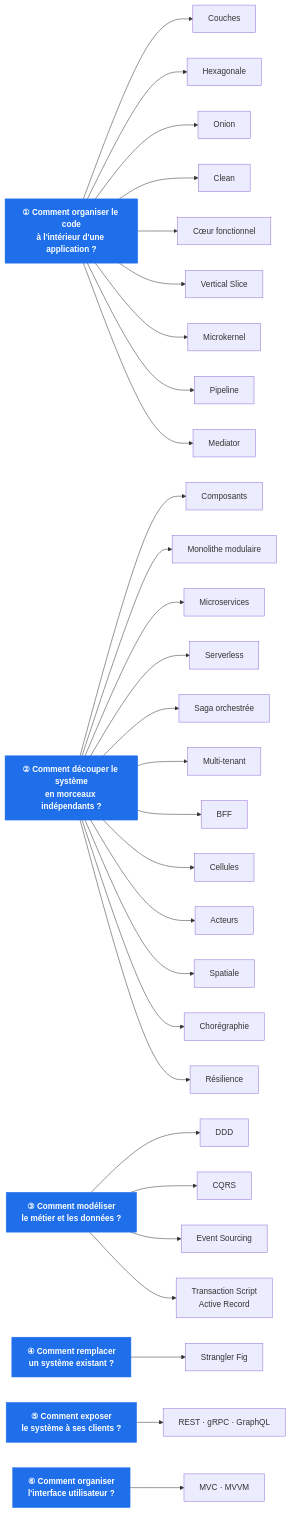
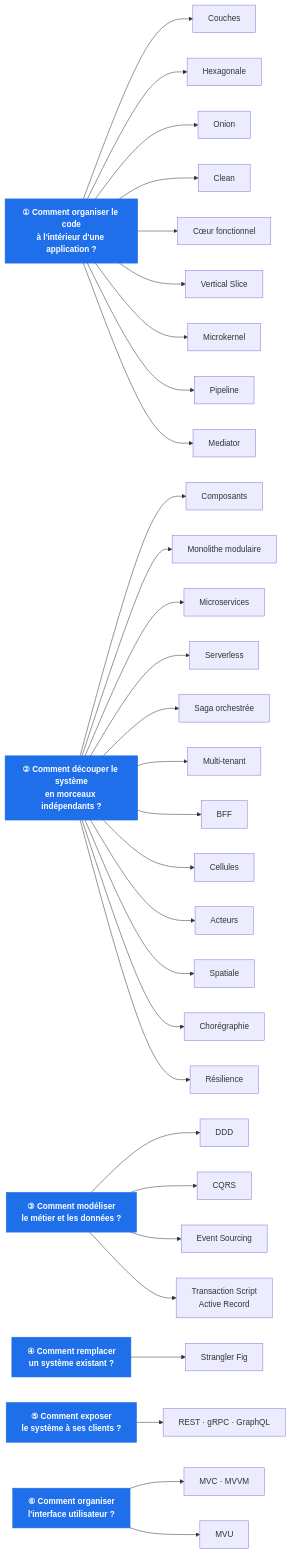
Before and after one commit to drangoht/ArchitecturesDemo: the first of 4 diagrams in Docs/README.md, drawn with Mermaid. The commit also changed other lines of this file and 52 other files, not shown here.

````diff
--- a/Docs/README.md
+++ b/Docs/README.md
@@ -71,46 +72,47 @@
 ```mermaid
 flowchart LR
     Q1["<b>① Comment organiser le code<br/>à l'intérieur d'une application ?</b>"]
     Q2["<b>② Comment découper le système<br/>en morceaux indépendants ?</b>"]
     Q3["<b>③ Comment modéliser<br/>le métier et les données ?</b>"]
     Q4["<b>④ Comment remplacer<br/>un système existant ?</b>"]
     Q5["<b>⑤ Comment exposer<br/>le système à ses clients ?</b>"]
     Q6["<b>⑥ Comment organiser<br/>l'interface utilisateur ?</b>"]
 
     Q1 --> C0["Couches"]
     Q1 --> C1["Hexagonale"]
     Q1 --> C2["Onion"]
     Q1 --> C3["Clean"]
     Q1 --> C4["Cœur fonctionnel"]
     Q1 --> C5["Vertical Slice"]
     Q1 --> C13["Microkernel"]
     Q1 --> C20["Pipeline"]
     Q1 --> C26["Mediator"]
 
     Q2 --> D6["Composants"]
     Q2 --> D7["Monolithe modulaire"]
     Q2 --> D8["Microservices"]
     Q2 --> D12["Serverless"]
     Q2 --> D14["Saga orchestrée"]
     Q2 --> D15["Multi-tenant"]
     Q2 --> D16["BFF"]
     Q2 --> D17["Cellules"]
     Q2 --> D18["Acteurs"]
     Q2 --> D19["Spatiale"]
     Q2 --> D21["Chorégraphie"]
     Q2 --> D27["Résilience"]
 
     Q3 --> M11["DDD"]
     Q3 --> M9["CQRS"]
     Q3 --> M10["Event Sourcing"]
     Q3 --> M25["Transaction Script<br/>Active Record"]
 
     Q4 --> S22["Strangler Fig"]
 
     Q5 --> E23["REST · gRPC · GraphQL"]
 
     Q6 --> P24["MVC · MVVM"]
+    Q6 --> P28["MVU"]
 
     classDef q fill:#1f6feb,color:#fff,stroke:#1f6feb
     class Q1,Q2,Q3,Q4,Q5,Q6 q
 ```
````
